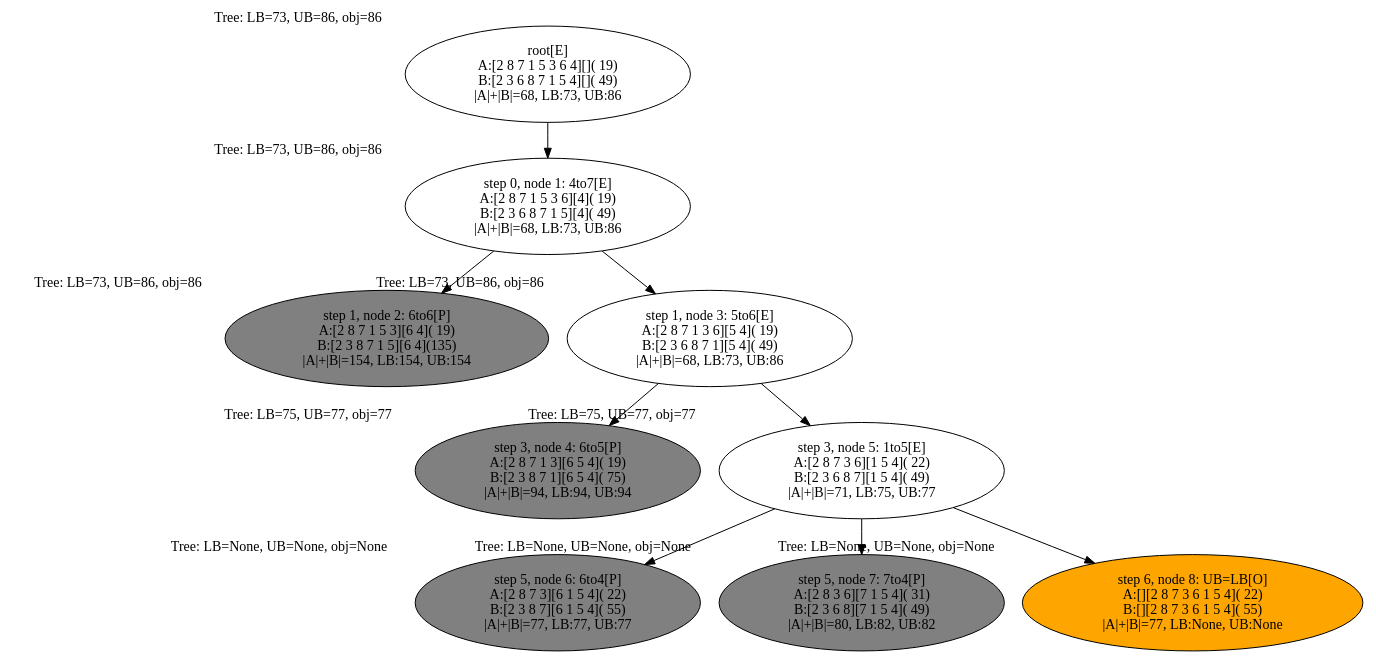
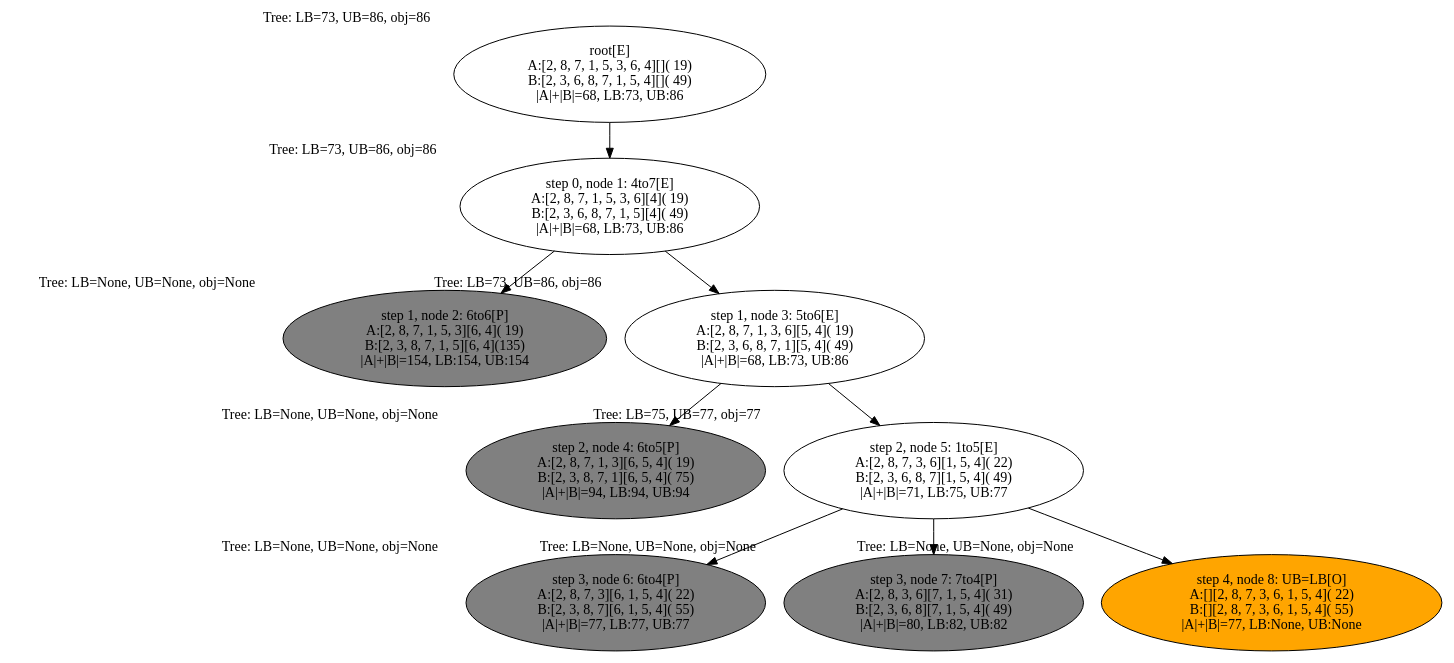
The diagram in run_logs/sample_BB_tree.dot (alex-bochkarev/align-BDD), drawn with Graphviz before and after one commit. The commit also changed 1 other file, not shown here.

```diff
--- a/run_logs/sample_BB_tree.dot
+++ b/run_logs/sample_BB_tree.dot
@@ -1,94 +1,94 @@
 digraph tree {
     "root[E]
-A:[2 8 7 1 5 3 6 4][]( 19)
-B:[2 3 6 8 7 1 5 4][]( 49)
+A:[2, 8, 7, 1, 5, 3, 6, 4][]( 19)
+B:[2, 3, 6, 8, 7, 1, 5, 4][]( 49)
 |A|+|B|=68, LB:73, UB:86" [xlabel="Tree: LB=73, UB=86, obj=86",];
     "step 0, node 1: 4to7[E]
-A:[2 8 7 1 5 3 6][4]( 19)
-B:[2 3 6 8 7 1 5][4]( 49)
+A:[2, 8, 7, 1, 5, 3, 6][4]( 19)
+B:[2, 3, 6, 8, 7, 1, 5][4]( 49)
 |A|+|B|=68, LB:73, UB:86" [xlabel="Tree: LB=73, UB=86, obj=86",];
     "step 1, node 2: 6to6[P]
-A:[2 8 7 1 5 3][6 4]( 19)
-B:[2 3 8 7 1 5][6 4](135)
-|A|+|B|=154, LB:154, UB:154" [xlabel="Tree: LB=73, UB=86, obj=86",fillcolor=grey, style=filled];
+A:[2, 8, 7, 1, 5, 3][6, 4]( 19)
+B:[2, 3, 8, 7, 1, 5][6, 4](135)
+|A|+|B|=154, LB:154, UB:154" [xlabel="Tree: LB=None, UB=None, obj=None",fillcolor=grey, style=filled];
     "step 1, node 3: 5to6[E]
-A:[2 8 7 1 3 6][5 4]( 19)
-B:[2 3 6 8 7 1][5 4]( 49)
+A:[2, 8, 7, 1, 3, 6][5, 4]( 19)
+B:[2, 3, 6, 8, 7, 1][5, 4]( 49)
 |A|+|B|=68, LB:73, UB:86" [xlabel="Tree: LB=73, UB=86, obj=86",];
-    "step 3, node 4: 6to5[P]
-A:[2 8 7 1 3][6 5 4]( 19)
-B:[2 3 8 7 1][6 5 4]( 75)
-|A|+|B|=94, LB:94, UB:94" [xlabel="Tree: LB=75, UB=77, obj=77",fillcolor=grey, style=filled];
-    "step 3, node 5: 1to5[E]
-A:[2 8 7 3 6][1 5 4]( 22)
-B:[2 3 6 8 7][1 5 4]( 49)
+    "step 2, node 4: 6to5[P]
+A:[2, 8, 7, 1, 3][6, 5, 4]( 19)
+B:[2, 3, 8, 7, 1][6, 5, 4]( 75)
+|A|+|B|=94, LB:94, UB:94" [xlabel="Tree: LB=None, UB=None, obj=None",fillcolor=grey, style=filled];
+    "step 2, node 5: 1to5[E]
+A:[2, 8, 7, 3, 6][1, 5, 4]( 22)
+B:[2, 3, 6, 8, 7][1, 5, 4]( 49)
 |A|+|B|=71, LB:75, UB:77" [xlabel="Tree: LB=75, UB=77, obj=77",];
-    "step 5, node 6: 6to4[P]
-A:[2 8 7 3][6 1 5 4]( 22)
-B:[2 3 8 7][6 1 5 4]( 55)
+    "step 3, node 6: 6to4[P]
+A:[2, 8, 7, 3][6, 1, 5, 4]( 22)
+B:[2, 3, 8, 7][6, 1, 5, 4]( 55)
 |A|+|B|=77, LB:77, UB:77" [xlabel="Tree: LB=None, UB=None, obj=None",fillcolor=grey, style=filled];
-    "step 5, node 7: 7to4[P]
-A:[2 8 3 6][7 1 5 4]( 31)
-B:[2 3 6 8][7 1 5 4]( 49)
+    "step 3, node 7: 7to4[P]
+A:[2, 8, 3, 6][7, 1, 5, 4]( 31)
+B:[2, 3, 6, 8][7, 1, 5, 4]( 49)
 |A|+|B|=80, LB:82, UB:82" [xlabel="Tree: LB=None, UB=None, obj=None",fillcolor=grey, style=filled];
-    "step 6, node 8: UB=LB[O]
-A:[][2 8 7 3 6 1 5 4]( 22)
-B:[][2 8 7 3 6 1 5 4]( 55)
+    "step 4, node 8: UB=LB[O]
+A:[][2, 8, 7, 3, 6, 1, 5, 4]( 22)
+B:[][2, 8, 7, 3, 6, 1, 5, 4]( 55)
 |A|+|B|=77, LB:None, UB:None" [xlabel="Tree: LB=None, UB=None, obj=None",fillcolor=orange, style=filled];
     "root[E]
-A:[2 8 7 1 5 3 6 4][]( 19)
-B:[2 3 6 8 7 1 5 4][]( 49)
+A:[2, 8, 7, 1, 5, 3, 6, 4][]( 19)
+B:[2, 3, 6, 8, 7, 1, 5, 4][]( 49)
 |A|+|B|=68, LB:73, UB:86" -> "step 0, node 1: 4to7[E]
-A:[2 8 7 1 5 3 6][4]( 19)
-B:[2 3 6 8 7 1 5][4]( 49)
+A:[2, 8, 7, 1, 5, 3, 6][4]( 19)
+B:[2, 3, 6, 8, 7, 1, 5][4]( 49)
 |A|+|B|=68, LB:73, UB:86";
     "step 0, node 1: 4to7[E]
-A:[2 8 7 1 5 3 6][4]( 19)
-B:[2 3 6 8 7 1 5][4]( 49)
+A:[2, 8, 7, 1, 5, 3, 6][4]( 19)
+B:[2, 3, 6, 8, 7, 1, 5][4]( 49)
 |A|+|B|=68, LB:73, UB:86" -> "step 1, node 2: 6to6[P]
-A:[2 8 7 1 5 3][6 4]( 19)
-B:[2 3 8 7 1 5][6 4](135)
+A:[2, 8, 7, 1, 5, 3][6, 4]( 19)
+B:[2, 3, 8, 7, 1, 5][6, 4](135)
 |A|+|B|=154, LB:154, UB:154";
     "step 0, node 1: 4to7[E]
-A:[2 8 7 1 5 3 6][4]( 19)
-B:[2 3 6 8 7 1 5][4]( 49)
+A:[2, 8, 7, 1, 5, 3, 6][4]( 19)
+B:[2, 3, 6, 8, 7, 1, 5][4]( 49)
 |A|+|B|=68, LB:73, UB:86" -> "step 1, node 3: 5to6[E]
-A:[2 8 7 1 3 6][5 4]( 19)
-B:[2 3 6 8 7 1][5 4]( 49)
+A:[2, 8, 7, 1, 3, 6][5, 4]( 19)
+B:[2, 3, 6, 8, 7, 1][5, 4]( 49)
 |A|+|B|=68, LB:73, UB:86";
     "step 1, node 3: 5to6[E]
-A:[2 8 7 1 3 6][5 4]( 19)
-B:[2 3 6 8 7 1][5 4]( 49)
-|A|+|B|=68, LB:73, UB:86" -> "step 3, node 4: 6to5[P]
-A:[2 8 7 1 3][6 5 4]( 19)
-B:[2 3 8 7 1][6 5 4]( 75)
+A:[2, 8, 7, 1, 3, 6][5, 4]( 19)
+B:[2, 3, 6, 8, 7, 1][5, 4]( 49)
+|A|+|B|=68, LB:73, UB:86" -> "step 2, node 4: 6to5[P]
+A:[2, 8, 7, 1, 3][6, 5, 4]( 19)
+B:[2, 3, 8, 7, 1][6, 5, 4]( 75)
 |A|+|B|=94, LB:94, UB:94";
     "step 1, node 3: 5to6[E]
-A:[2 8 7 1 3 6][5 4]( 19)
-B:[2 3 6 8 7 1][5 4]( 49)
-|A|+|B|=68, LB:73, UB:86" -> "step 3, node 5: 1to5[E]
-A:[2 8 7 3 6][1 5 4]( 22)
-B:[2 3 6 8 7][1 5 4]( 49)
+A:[2, 8, 7, 1, 3, 6][5, 4]( 19)
+B:[2, 3, 6, 8, 7, 1][5, 4]( 49)
+|A|+|B|=68, LB:73, UB:86" -> "step 2, node 5: 1to5[E]
+A:[2, 8, 7, 3, 6][1, 5, 4]( 22)
+B:[2, 3, 6, 8, 7][1, 5, 4]( 49)
 |A|+|B|=71, LB:75, UB:77";
-    "step 3, node 5: 1to5[E]
-A:[2 8 7 3 6][1 5 4]( 22)
-B:[2 3 6 8 7][1 5 4]( 49)
-|A|+|B|=71, LB:75, UB:77" -> "step 5, node 6: 6to4[P]
-A:[2 8 7 3][6 1 5 4]( 22)
-B:[2 3 8 7][6 1 5 4]( 55)
+    "step 2, node 5: 1to5[E]
+A:[2, 8, 7, 3, 6][1, 5, 4]( 22)
+B:[2, 3, 6, 8, 7][1, 5, 4]( 49)
+|A|+|B|=71, LB:75, UB:77" -> "step 3, node 6: 6to4[P]
+A:[2, 8, 7, 3][6, 1, 5, 4]( 22)
+B:[2, 3, 8, 7][6, 1, 5, 4]( 55)
 |A|+|B|=77, LB:77, UB:77";
-    "step 3, node 5: 1to5[E]
-A:[2 8 7 3 6][1 5 4]( 22)
-B:[2 3 6 8 7][1 5 4]( 49)
-|A|+|B|=71, LB:75, UB:77" -> "step 5, node 7: 7to4[P]
-A:[2 8 3 6][7 1 5 4]( 31)
-B:[2 3 6 8][7 1 5 4]( 49)
+    "step 2, node 5: 1to5[E]
+A:[2, 8, 7, 3, 6][1, 5, 4]( 22)
+B:[2, 3, 6, 8, 7][1, 5, 4]( 49)
+|A|+|B|=71, LB:75, UB:77" -> "step 3, node 7: 7to4[P]
+A:[2, 8, 3, 6][7, 1, 5, 4]( 31)
+B:[2, 3, 6, 8][7, 1, 5, 4]( 49)
 |A|+|B|=80, LB:82, UB:82";
-    "step 3, node 5: 1to5[E]
-A:[2 8 7 3 6][1 5 4]( 22)
-B:[2 3 6 8 7][1 5 4]( 49)
-|A|+|B|=71, LB:75, UB:77" -> "step 6, node 8: UB=LB[O]
-A:[][2 8 7 3 6 1 5 4]( 22)
-B:[][2 8 7 3 6 1 5 4]( 55)
+    "step 2, node 5: 1to5[E]
+A:[2, 8, 7, 3, 6][1, 5, 4]( 22)
+B:[2, 3, 6, 8, 7][1, 5, 4]( 49)
+|A|+|B|=71, LB:75, UB:77" -> "step 4, node 8: UB=LB[O]
+A:[][2, 8, 7, 3, 6, 1, 5, 4]( 22)
+B:[][2, 8, 7, 3, 6, 1, 5, 4]( 55)
 |A|+|B|=77, LB:None, UB:None";
 }
```
